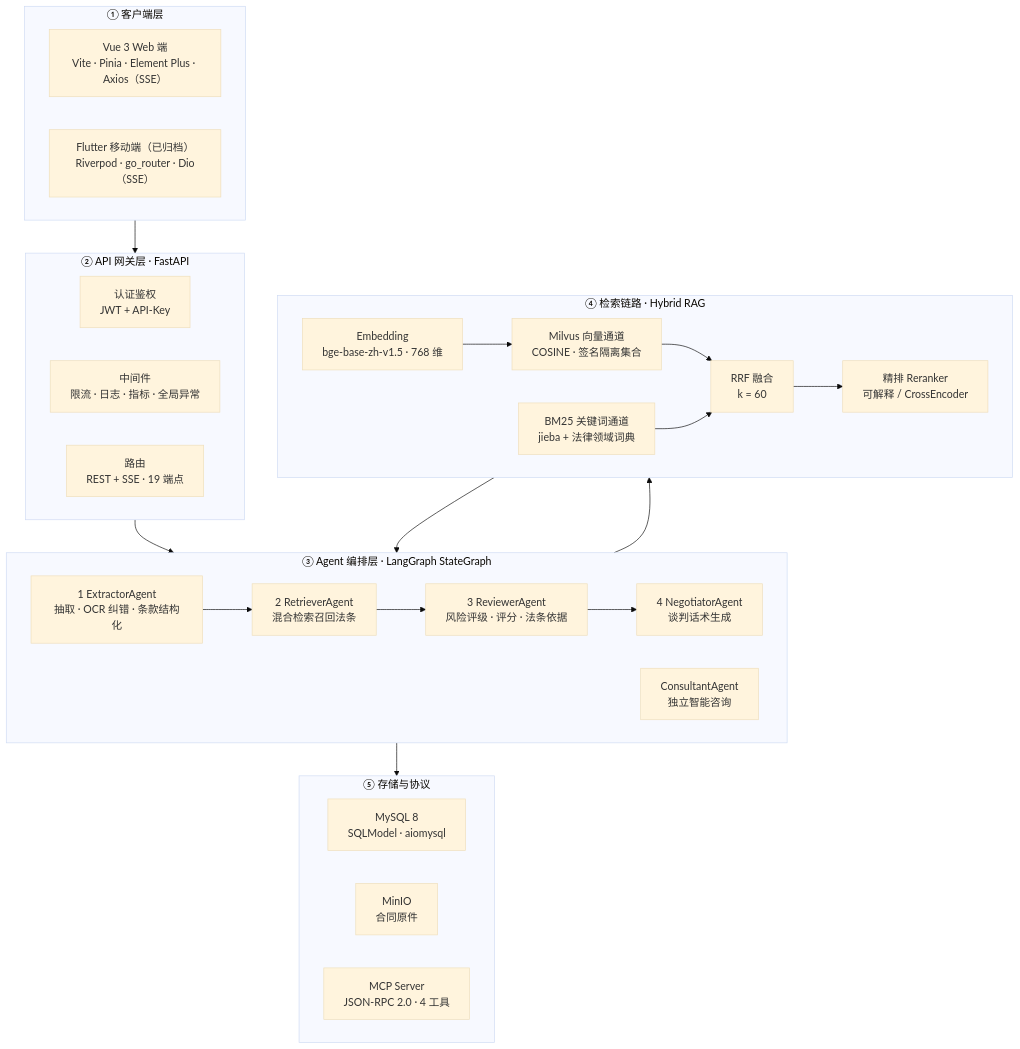
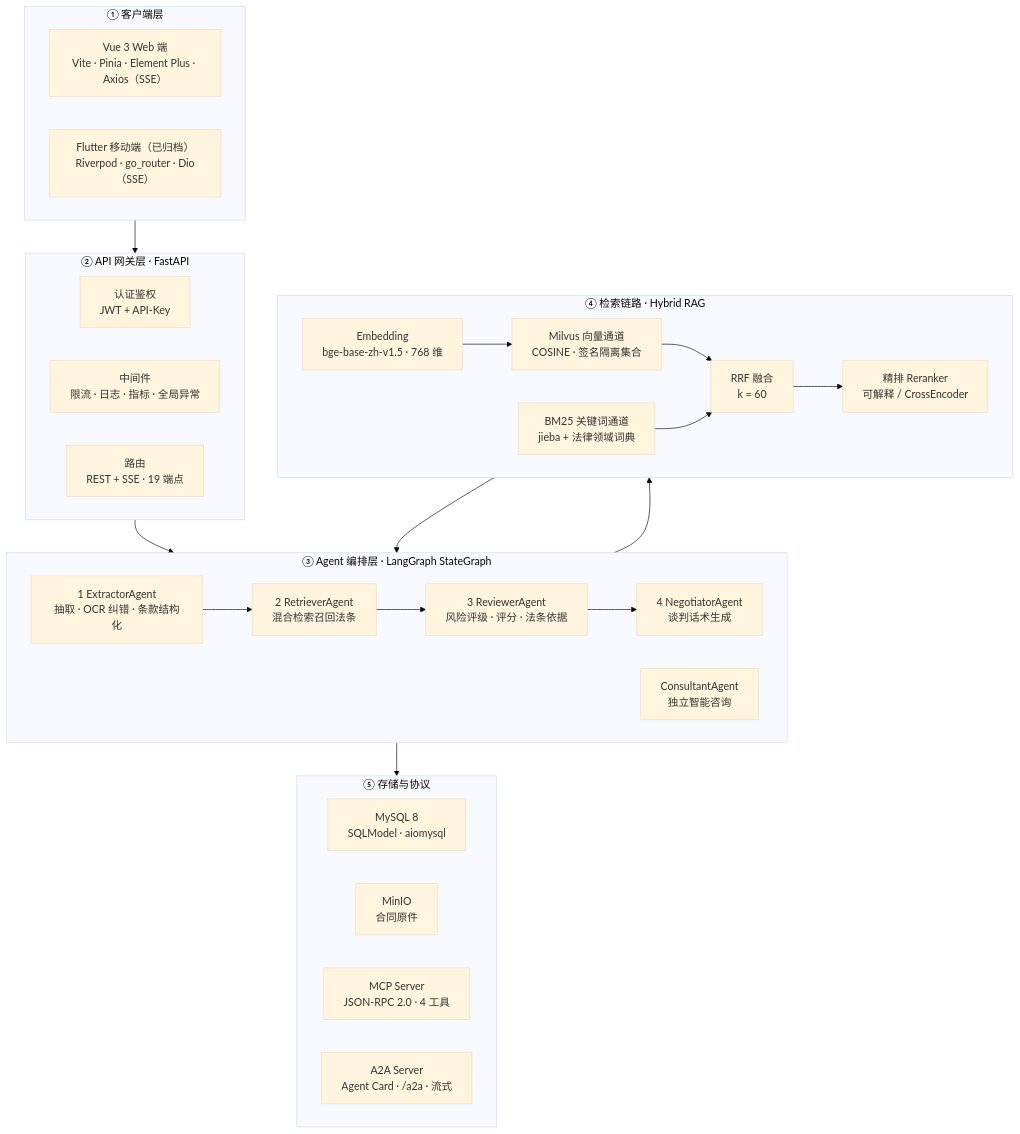
Before and after one commit to SFANBLOG/lumos: the first of 2 diagrams in README.md, drawn with Mermaid (base theme). The commit also changed other lines of this file and 8 other files, not shown here.

````diff
--- a/README.md
+++ b/README.md
@@ -115,49 +117,50 @@
 ```mermaid
 flowchart TB
     subgraph L1["① 客户端层"]
         direction LR
         W["Vue 3 Web 端<br/>Vite · Pinia · Element Plus · Axios（SSE）"]
         M["Flutter 移动端（已归档）<br/>Riverpod · go_router · Dio（SSE）"]
     end
 
     subgraph L2["② API 网关层 · FastAPI"]
         direction LR
         A1["认证鉴权<br/>JWT + API-Key"]
         A2["中间件<br/>限流 · 日志 · 指标 · 全局异常"]
         A3["路由<br/>REST + SSE · 19 端点"]
     end
 
     subgraph L3["③ Agent 编排层 · LangGraph StateGraph"]
         direction LR
         N1["1 ExtractorAgent<br/>抽取 · OCR 纠错 · 条款结构化"]
         N2["2 RetrieverAgent<br/>混合检索召回法条"]
         N3["3 ReviewerAgent<br/>风险评级 · 评分 · 法条依据"]
         N4["4 NegotiatorAgent<br/>谈判话术生成"]
         N5["ConsultantAgent<br/>独立智能咨询"]
         N1 --> N2 --> N3 --> N4
     end
 
     subgraph L4["④ 检索链路 · Hybrid RAG"]
         direction LR
         E1["Embedding<br/>bge-base-zh-v1.5 · 768 维"]
         V1["Milvus 向量通道<br/>COSINE · 签名隔离集合"]
         B1["BM25 关键词通道<br/>jieba + 法律领域词典"]
         F1["RRF 融合<br/>k = 60"]
         R1["精排 Reranker<br/>可解释 / CrossEncoder"]
         E1 --> V1 --> F1
         B1 --> F1
         F1 --> R1
     end
 
     subgraph L5["⑤ 存储与协议"]
         direction LR
         S1["MySQL 8<br/>SQLModel · aiomysql"]
         S2["MinIO<br/>合同原件"]
         S3["MCP Server<br/>JSON-RPC 2.0 · 4 工具"]
+        S4["A2A Server<br/>Agent Card · /a2a · 流式"]
     end
 
     L1 --> L2 --> L3
     N2 --> L4
     R1 --> N3
     L3 --> L5
 ```
````
